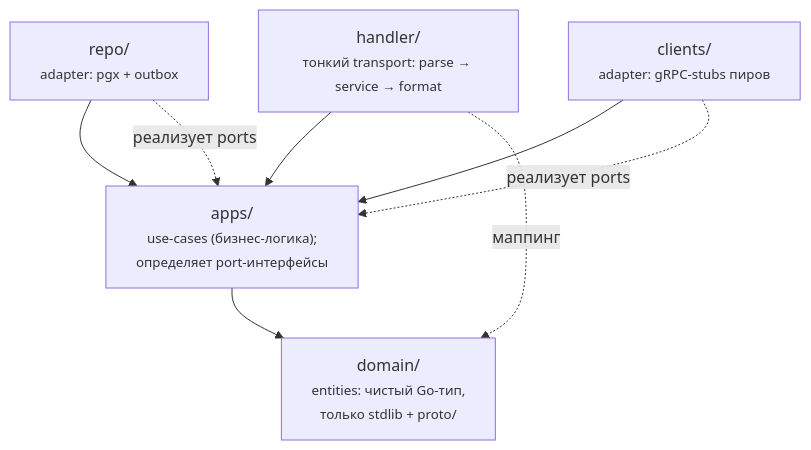
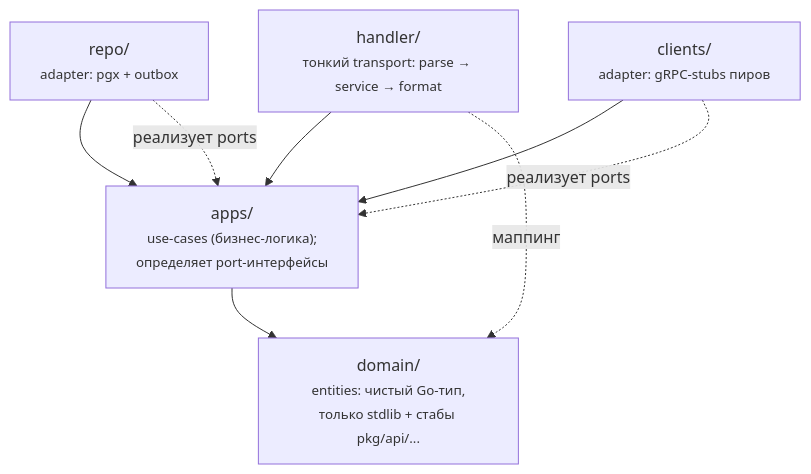
One commit to PRO-Robotech/kacho changed the first of 3 diagrams in services/vpc/docs/content/architecture/overview.mdx. Above: the diagram before and after it, drawn with Mermaid. The commit also changed other lines of this file and 10 other files, not shown here.

````diff
--- a/services/vpc/docs/content/architecture/overview.mdx
+++ b/services/vpc/docs/content/architecture/overview.mdx
@@ -30,16 +30,16 @@
 ```mermaid
 flowchart TD
   handler["handler/<br/><small>тонкий transport: parse → service → format</small>"]
   service["apps/<br/><small>use-cases (бизнес-логика);<br/>определяет port-интерфейсы</small>"]
-  domain["domain/<br/><small>entities: чистый Go-тип,<br/>только stdlib + proto/</small>"]
+  domain["domain/<br/><small>entities: чистый Go-тип,<br/>только stdlib + стабы pkg/api/...</small>"]
   repo["repo/<br/><small>adapter: pgx + outbox</small>"]
   clients["clients/<br/><small>adapter: gRPC-stubs пиров</small>"]
 
   handler --> service
   repo --> service
   clients --> service
   service --> domain
   handler -. маппинг .-> domain
   repo -. реализует ports .-> service
   clients -. реализует ports .-> service
 ```
````
